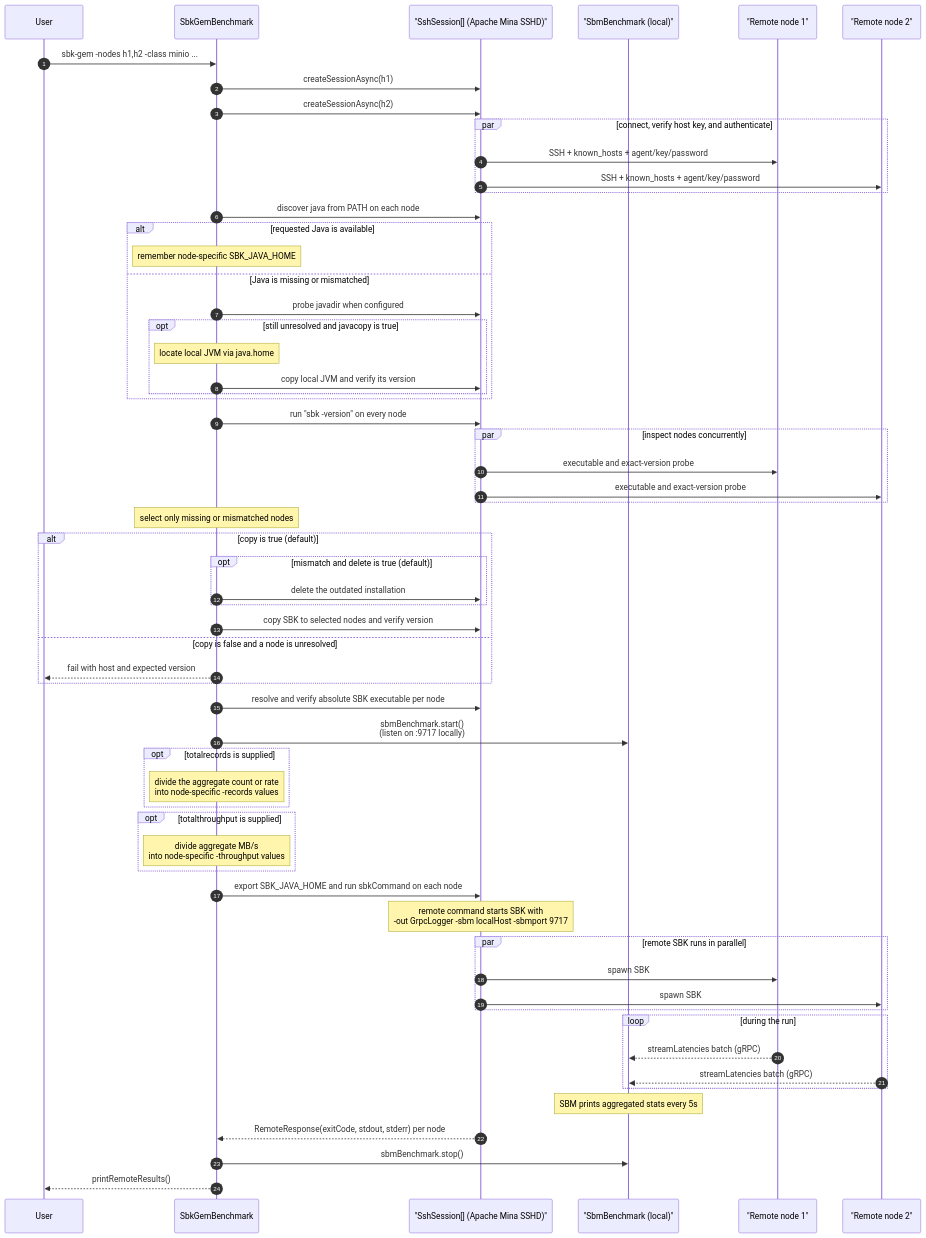
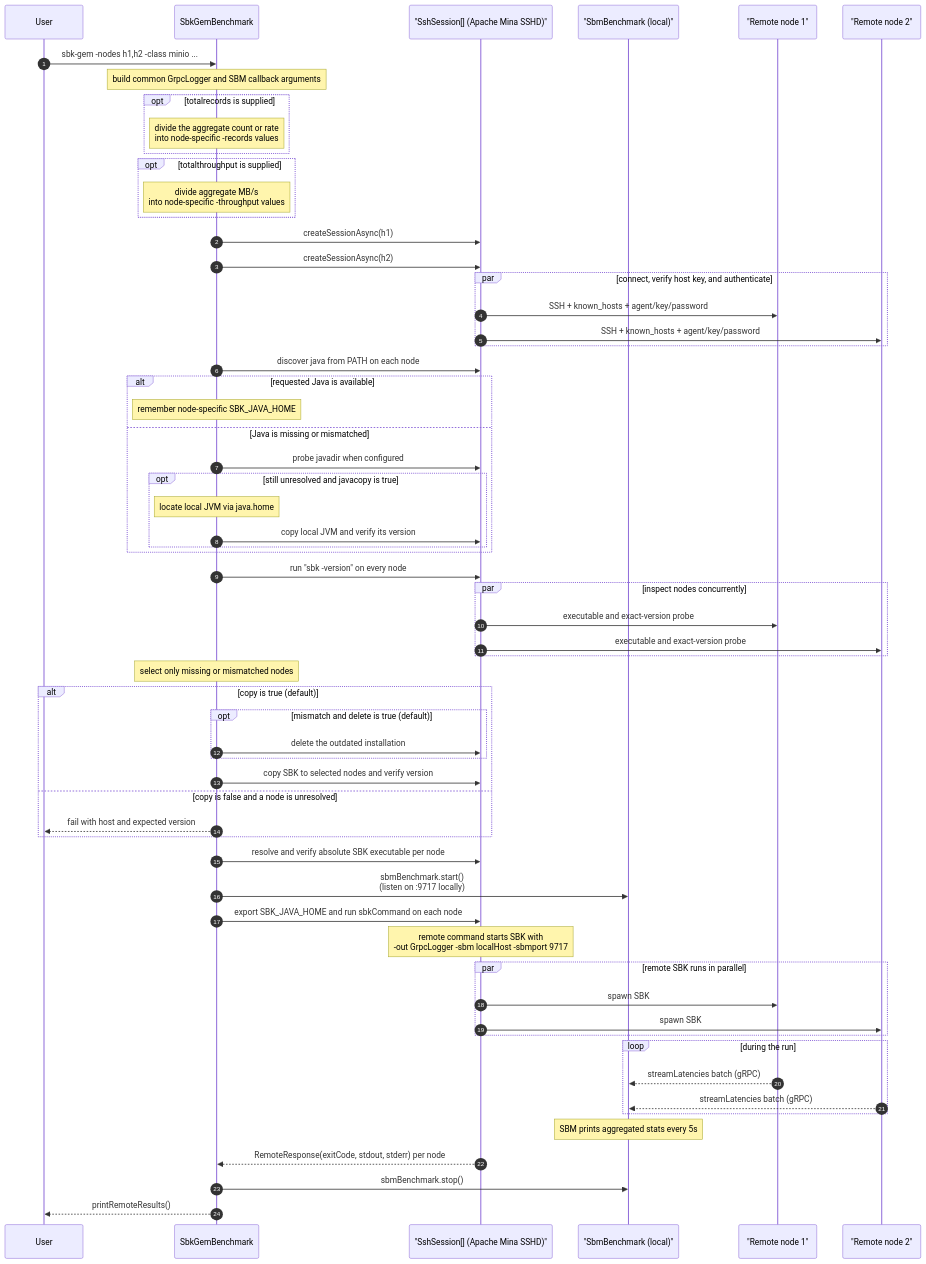
One commit to kmgowda/SBK changed diagram 27 of 43 in docs/sbk-internals.md. Above: the diagram before and after it, drawn with Mermaid. The commit also changed other lines of this file and 6 other files, not shown here.

Commit message:
Handle mixed aggregate GEM rates safely

````diff
--- a/docs/sbk-internals.md
+++ b/docs/sbk-internals.md
@@ -1901,73 +1901,73 @@
 ```mermaid
 sequenceDiagram
     autonumber
     participant User
     participant GEM as SbkGemBenchmark
     participant SSH as "SshSession[] (Apache Mina SSHD)"
     participant SBM as "SbmBenchmark (local)"
     participant N1 as "Remote node 1"
     participant N2 as "Remote node 2"
 
     User->>GEM: sbk-gem -nodes h1,h2 -class minio ...
+    Note over GEM: build common GrpcLogger and SBM callback arguments
+    opt totalrecords is supplied
+        Note over GEM: divide the aggregate count or rate<br/>into node-specific -records values
+    end
+    opt totalthroughput is supplied
+        Note over GEM: divide aggregate MB/s<br/>into node-specific -throughput values
+    end
     GEM->>SSH: createSessionAsync(h1)
     GEM->>SSH: createSessionAsync(h2)
     par connect, verify host key, and authenticate
         SSH->>N1: SSH + known_hosts + agent/key/password
         SSH->>N2: SSH + known_hosts + agent/key/password
     end
 
     GEM->>SSH: discover java from PATH on each node
     alt requested Java is available
         Note over GEM: remember node-specific SBK_JAVA_HOME
     else Java is missing or mismatched
         GEM->>SSH: probe javadir when configured
         opt still unresolved and javacopy is true
             Note over GEM: locate local JVM via java.home
             GEM->>SSH: copy local JVM and verify its version
         end
     end
 
     GEM->>SSH: run "sbk -version" on every node
     par inspect nodes concurrently
         SSH->>N1: executable and exact-version probe
         SSH->>N2: executable and exact-version probe
     end
     Note over GEM: select only missing or mismatched nodes
     alt copy is true (default)
         opt mismatch and delete is true (default)
             GEM->>SSH: delete the outdated installation
         end
         GEM->>SSH: copy SBK to selected nodes and verify version
     else copy is false and a node is unresolved
         GEM-->>User: fail with host and expected version
     end
 
     GEM->>SSH: resolve and verify absolute SBK executable per node
 
     GEM->>SBM: sbmBenchmark.start()<br/>(listen on :9717 locally)
-
-    opt totalrecords is supplied
-        Note over GEM: divide the aggregate count or rate<br/>into node-specific -records values
-    end
-    opt totalthroughput is supplied
-        Note over GEM: divide aggregate MB/s<br/>into node-specific -throughput values
-    end
     GEM->>SSH: export SBK_JAVA_HOME and run sbkCommand on each node
     Note over SSH: remote command starts SBK with<br/>-out GrpcLogger -sbm localHost -sbmport 9717
 
     par remote SBK runs in parallel
         SSH->>N1: spawn SBK
         SSH->>N2: spawn SBK
     end
 
     loop during the run
         N1-->>SBM: streamLatencies batch (gRPC)
         N2-->>SBM: streamLatencies batch (gRPC)
     end
 
     Note over SBM: SBM prints aggregated stats every 5s
 
     SSH-->>GEM: RemoteResponse(exitCode, stdout, stderr) per node
     GEM->>SBM: sbmBenchmark.stop()
 GEM-->>User: printRemoteResults()
 ```
````
